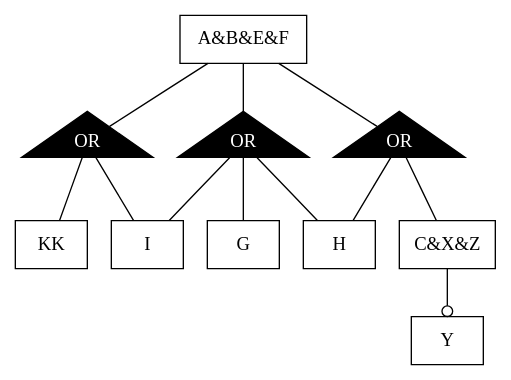
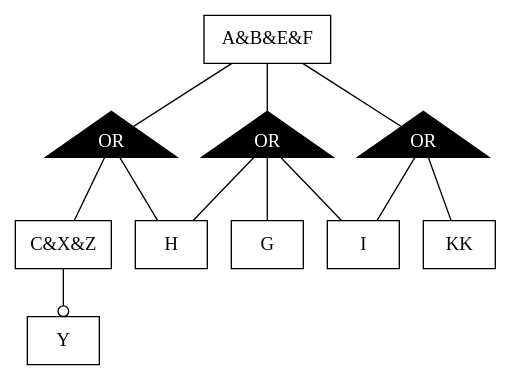
The diagram in FAMILIAR/output/fm1.dot (FAMILIAR-project/familiar-language), drawn with Graphviz before and after one commit. The commit also changed 262 other files, not shown here.

```diff
--- a/FAMILIAR/output/fm1.dot
+++ b/FAMILIAR/output/fm1.dot
@@ -1,26 +1,26 @@
 digraph fm {
 graph [rankdir=TB];
 node [shape=box];
 edge [arrowhead=normal];
 92[label="C&X&Z",]
 93[label="A&B&E&F",]
 94[label="I",]
 95[label="H",]
 97[label="Y",]
 98[label="KK",]
 100[label="G",]
 102[label="OR",shape="triangle",style="filled",color="black",fontcolor="white"]
 93->102[arrowhead=none];
-102->94[arrowhead=none];
-102->98[arrowhead=none];
-92->97[arrowhead=odot];
+102->92[arrowhead=none];
+102->95[arrowhead=none];
 103[label="OR",shape="triangle",style="filled",color="black",fontcolor="white"]
 93->103[arrowhead=none];
 103->94[arrowhead=none];
-103->95[arrowhead=none];
-103->100[arrowhead=none];
+103->98[arrowhead=none];
 104[label="OR",shape="triangle",style="filled",color="black",fontcolor="white"]
 93->104[arrowhead=none];
-104->92[arrowhead=none];
+104->94[arrowhead=none];
 104->95[arrowhead=none];
+104->100[arrowhead=none];
+92->97[arrowhead=odot];
 }
```
